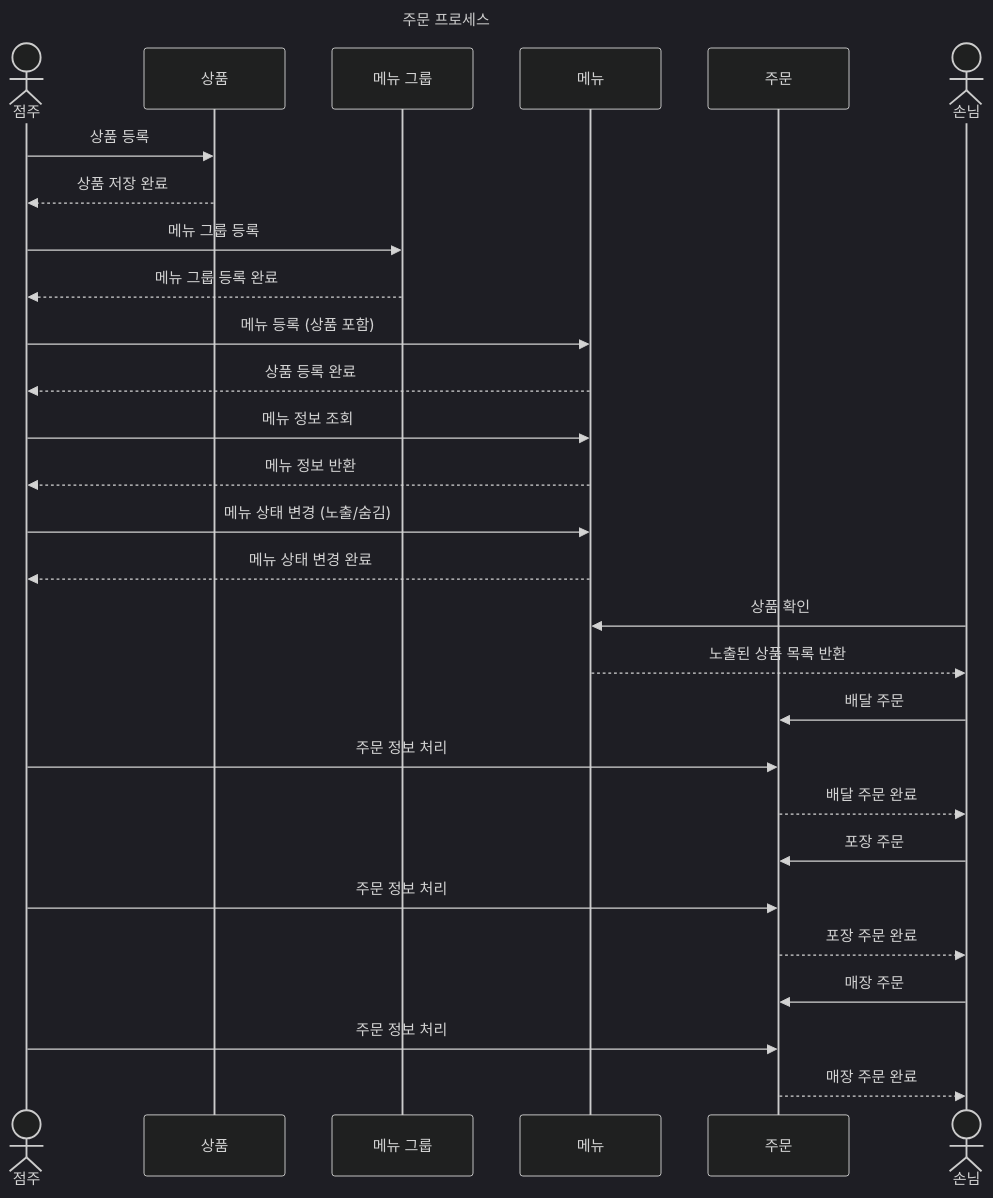
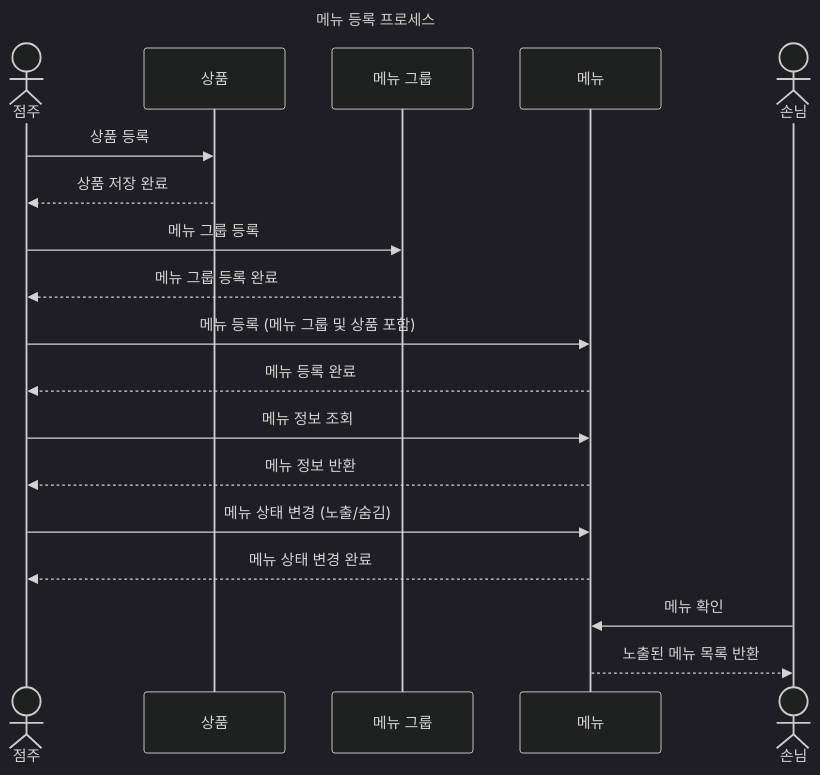
The first of 3 diagrams in README.md (next-step/ddd-strategic-design), drawn with Mermaid (dark theme) before and after one commit. The commit also changed other lines of this file, not shown here.

Commit message:
docs: 메뉴등록 프로세스 분리, 용어사전 명칭 사용

````diff
--- a/README.md
+++ b/README.md
@@ -269,40 +269,27 @@
 ```mermaid
-%% Sequence Diagram: 주문 프로세스
+%% Sequence Diagram: 메뉴 등록 프로세스
 sequenceDiagram
-    title 주문 프로세스
+    title 메뉴 등록 프로세스
     actor 점주 as 점주
     participant 상품
     participant 메뉴 그룹
     participant 메뉴
-    participant 주문
     actor 손님 as 손님
 
     점주->>상품: 상품 등록
     상품-->>점주: 상품 저장 완료
 
     점주->>메뉴 그룹: 메뉴 그룹 등록
     메뉴 그룹-->>점주: 메뉴 그룹 등록 완료
 
-    점주->>메뉴: 메뉴 등록 (상품 포함)
-    메뉴-->>점주: 상품 등록 완료
+    점주->>메뉴: 메뉴 등록 (메뉴 그룹 및 상품 포함)
+    메뉴-->>점주: 메뉴 등록 완료
     점주->>메뉴: 메뉴 정보 조회
     메뉴-->>점주: 메뉴 정보 반환
 
     점주->>메뉴: 메뉴 상태 변경 (노출/숨김)
     메뉴-->>점주: 메뉴 상태 변경 완료
 
-    손님->>메뉴: 상품 확인
-    메뉴-->>손님: 노출된 상품 목록 반환
-
-    손님->>주문: 배달 주문
-    점주->>주문: 주문 정보 처리
-    주문-->>손님: 배달 주문 완료
-
-    손님->>주문: 포장 주문
-    점주->>주문: 주문 정보 처리
-    주문-->>손님: 포장 주문 완료
-
-    손님->>주문: 매장 주문
-    점주->>주문: 주문 정보 처리
-    주문-->>손님: 매장 주문 완료
+    손님->>메뉴: 메뉴 확인
+    메뉴-->>손님: 노출된 메뉴 목록 반환
 ```
````
